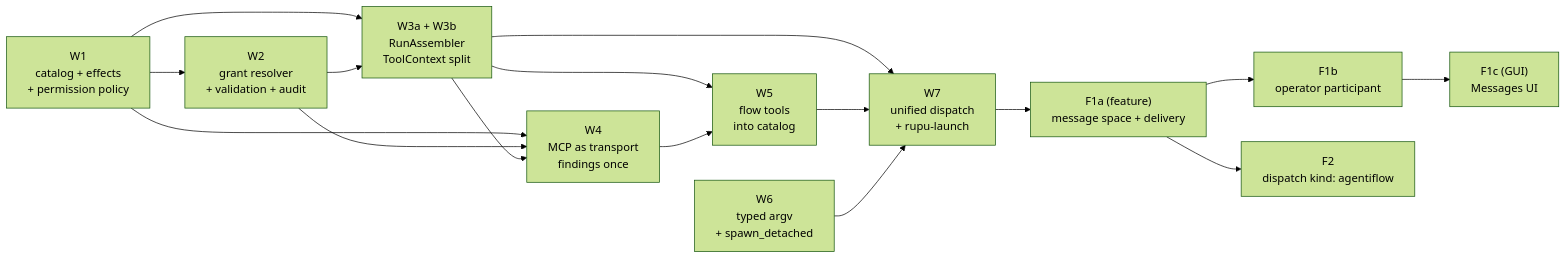
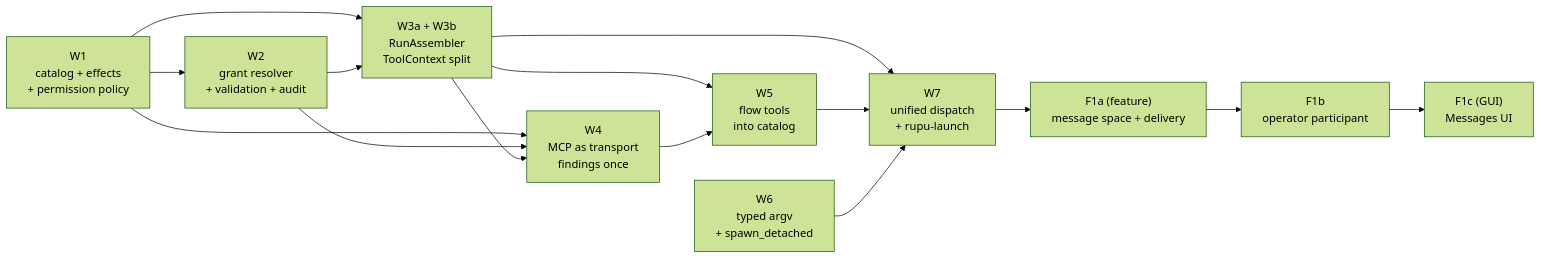
One commit to Section9Labs/rupu changed the fifth of 5 diagrams in docs/superpowers/specs/2026-10-07-rupu-tool-and-launch-architecture/00-index.md. Above: the diagram before and after it, drawn with Mermaid (forest theme). The commit also changed other lines of this file and 3 other files, not shown here.

Commit message:
docs(spec): drop F2 (dispatch kind agentiflow) — not requested (#807)

````diff
--- a/docs/superpowers/specs/2026-10-07-rupu-tool-and-launch-architecture/00-index.md
+++ b/docs/superpowers/specs/2026-10-07-rupu-tool-and-launch-architecture/00-index.md
@@ -311,19 +310,18 @@
 ```mermaid
 flowchart LR
   W1["W1<br/>catalog + effects<br/>+ permission policy"] --> W2["W2<br/>grant resolver<br/>+ validation + audit"]
   W1 --> W4["W4<br/>MCP as transport<br/>findings once"]
   W2 --> W4
   W3 --> W4
   W6["W6<br/>typed argv<br/>+ spawn_detached"]
   W1 --> W3["W3a + W3b<br/>RunAssembler<br/>ToolContext split"]
   W2 --> W3
   W3 --> W5["W5<br/>flow tools<br/>into catalog"]
   W4 --> W5
   W3 --> W7["W7<br/>unified dispatch<br/>+ rupu-launch"]
   W5 --> W7
   W6 --> W7
   W7 --> F1a["F1a (feature)<br/>message space + delivery"]
   F1a --> F1b["F1b<br/>operator participant"]
   F1b --> F1c["F1c (GUI)<br/>Messages UI"]
-  F1a --> F2["F2<br/>dispatch kind: agentiflow"]
 ```
````
